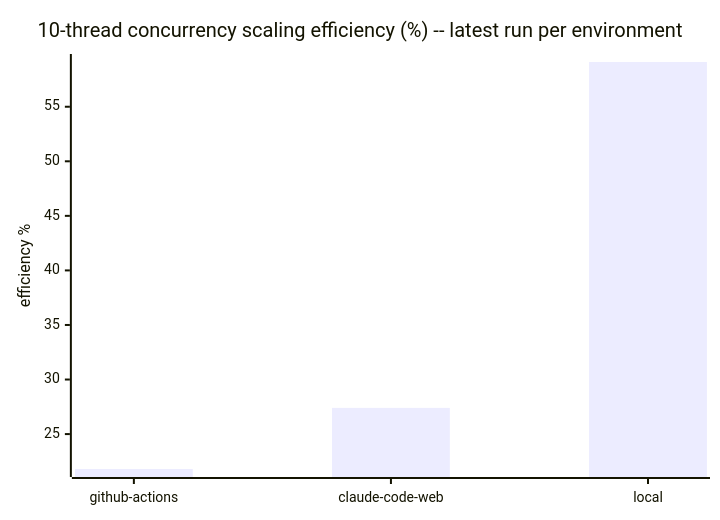
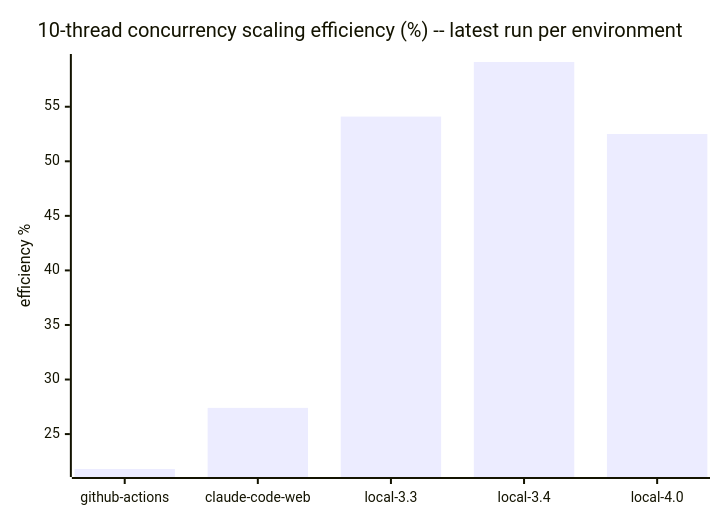
Before and after one commit to cpb/duckling: the seventh of 7 diagrams in docs/benchmarks/README.md, drawn with Mermaid. The commit also changed other lines of this file, not shown here.

First line of the commit message:
Regenerate docs/benchmarks/README.md for local-<minor> buckets

````diff
--- a/docs/benchmarks/README.md
+++ b/docs/benchmarks/README.md
@@ -143,7 +223,7 @@
 ```mermaid
 xychart-beta
     title "10-thread concurrency scaling efficiency (%) -- latest run per environment"
-    x-axis [github-actions, claude-code-web, local]
+    x-axis [github-actions, claude-code-web, local-3.3, local-3.4, local-4.0]
     y-axis "efficiency %"
-    bar "efficiency_pct" [21.8, 27.4, 59.1]
+    bar "efficiency_pct" [21.8, 27.4, 54.1, 59.1, 52.5]
 ```
````
